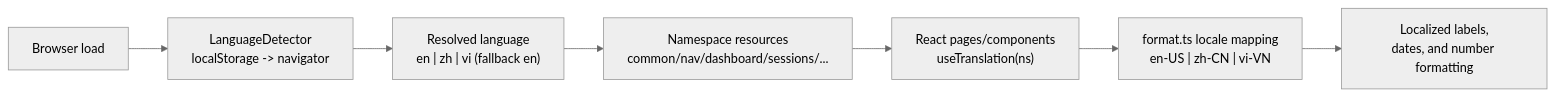
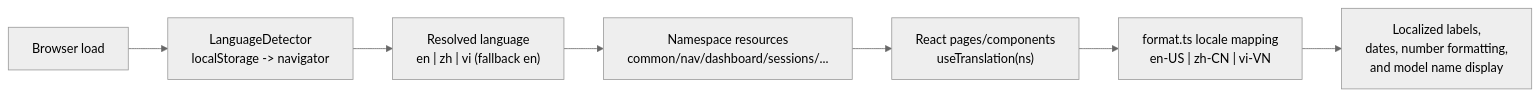
Diagram 12 of 38 in ARCHITECTURE.md (StrainReviews/Claude-Code-Agent-Monitor), drawn with Mermaid (neutral theme) before and after one commit. The commit also changed other lines of this file and 7 other files, not shown here.

Commit message:
feat: enhance model name formatting documentation and utility usage across architecture

````diff
--- a/ARCHITECTURE.md
+++ b/ARCHITECTURE.md
@@ -609,9 +609,9 @@
 ```mermaid
 flowchart LR
     A["Browser load"] --> B["LanguageDetector<br/>localStorage -> navigator"]
     B --> C["Resolved language<br/>en | zh | vi (fallback en)"]
     C --> D["Namespace resources<br/>common/nav/dashboard/sessions/..."]
     D --> E["React pages/components<br/>useTranslation(ns)"]
     E --> F["format.ts locale mapping<br/>en-US | zh-CN | vi-VN"]
-    F --> G["Localized labels,<br/>dates, and number formatting"]
+    F --> G["Localized labels,<br/>dates, number formatting,<br/>and model name display"]
 ```
````
